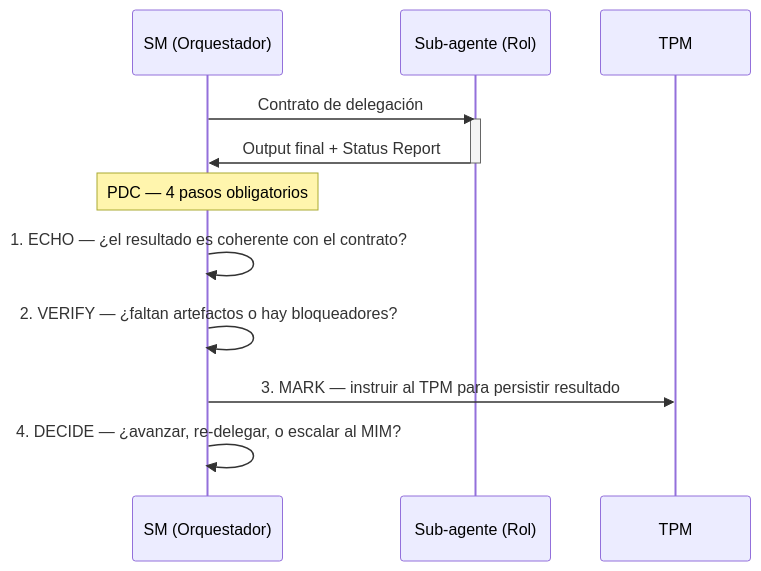
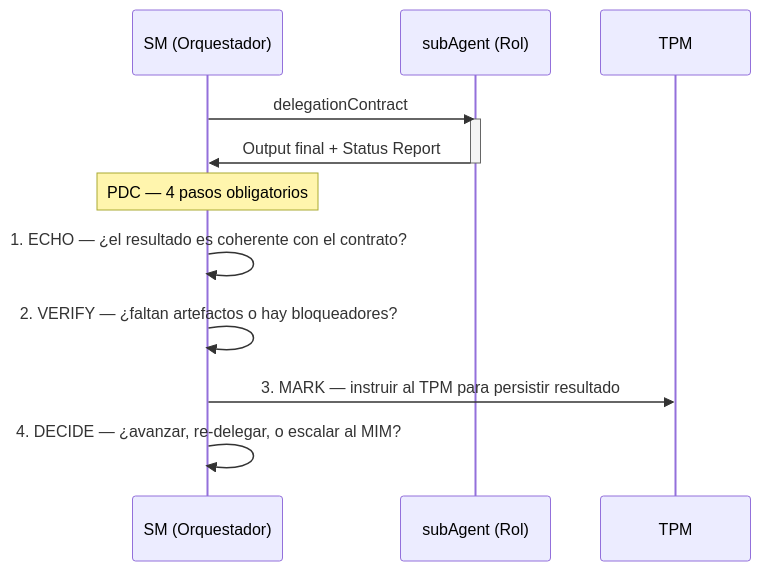
The third of 5 diagrams in docs/planning/behavior/delegation-pdc.md (virgenherrera/idea-to-mvp), drawn with Mermaid before and after one commit. The commit also changed other lines of this file and 30 other files, not shown here.

````diff
--- a/docs/planning/behavior/delegation-pdc.md
+++ b/docs/planning/behavior/delegation-pdc.md
@@ -273,18 +299,18 @@
 ```mermaid
 sequenceDiagram
     participant SM as SM (Orquestador)
-    participant SUB as Sub-agente (Rol)
+    participant SUB as subAgent (Rol)
     participant TPM as TPM
 
-    SM->>SUB: Contrato de delegación
+    SM->>SUB: delegationContract
     activate SUB
     SUB->>SM: Output final + Status Report
     deactivate SUB
 
     Note over SM: PDC — 4 pasos obligatorios
 
     SM->>SM: 1. ECHO — ¿el resultado es coherente con el contrato?
     SM->>SM: 2. VERIFY — ¿faltan artefactos o hay bloqueadores?
     SM->>TPM: 3. MARK — instruir al TPM para persistir resultado
     SM->>SM: 4. DECIDE — ¿avanzar, re-delegar, o escalar al MIM?
 ```
````
